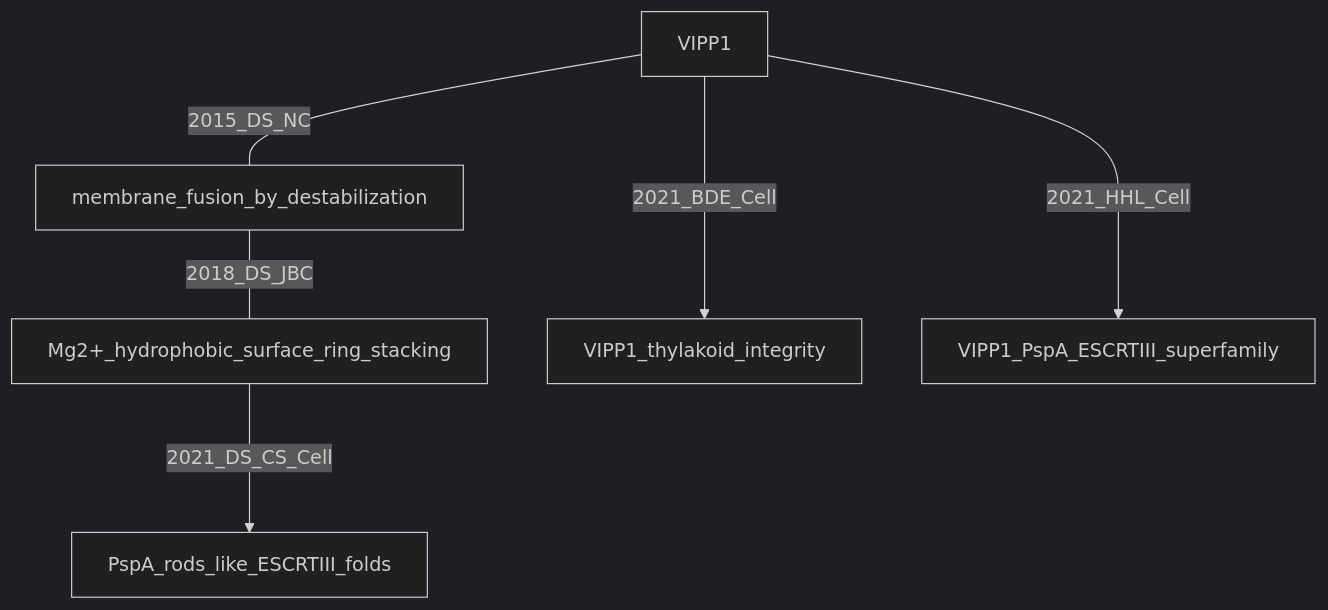
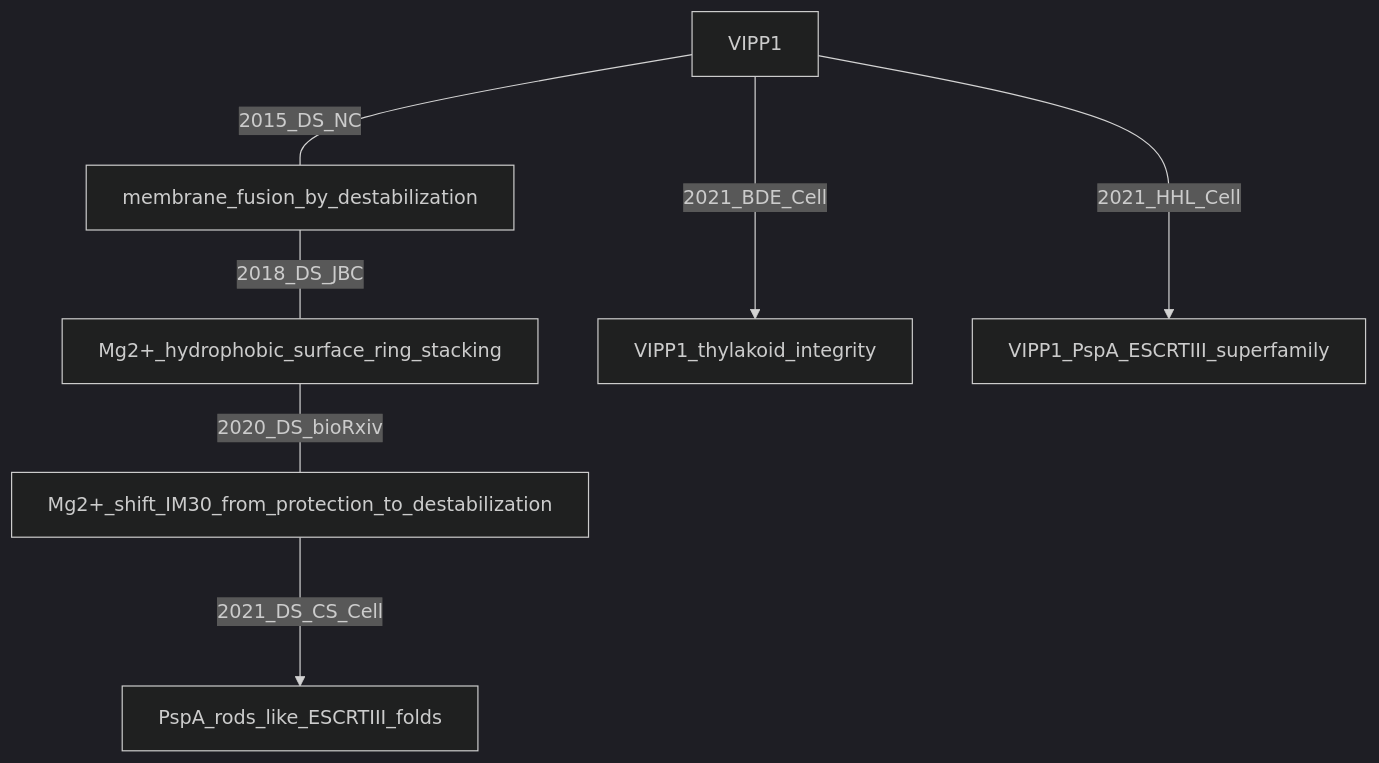
One commit to psichen/psichen.github.io changed the first of 7 diagrams in source/resources/mindmap/VIPP1.md. Above: the diagram before and after it, drawn with Mermaid (dark theme). The commit also changed other lines of this file and 3 other files, not shown here.

````diff
--- a/source/resources/mindmap/VIPP1.md
+++ b/source/resources/mindmap/VIPP1.md
@@ -3,11 +3,12 @@
 ```mermaid
 flowchart TB
 
 VIPP1 --- |2015_DS_NC| membrane_fusion_by_destabilization
 membrane_fusion_by_destabilization --- |2018_DS_JBC| Mg2+_hydrophobic_surface_ring_stacking
-Mg2+_hydrophobic_surface_ring_stacking ---> |2021_DS_CS_Cell| PspA_rods_like_ESCRTIII_folds
+Mg2+_hydrophobic_surface_ring_stacking --- |2020_DS_bioRxiv| Mg2+_shift_IM30_from_protection_to_destabilization
+Mg2+_shift_IM30_from_protection_to_destabilization ---> |2021_DS_CS_Cell| PspA_rods_like_ESCRTIII_folds
 
 VIPP1 ---> |2021_BDE_Cell| VIPP1_thylakoid_integrity
 
 VIPP1 ---> |2021_HHL_Cell| VIPP1_PspA_ESCRTIII_superfamily
 ```
````
